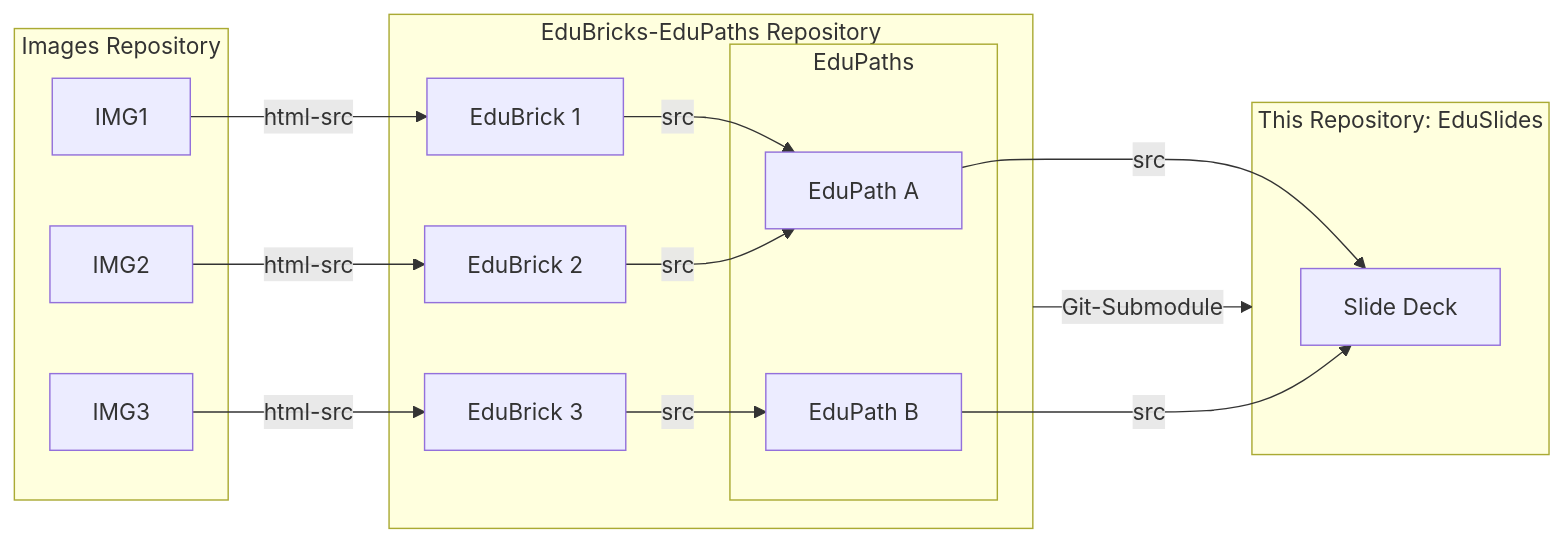
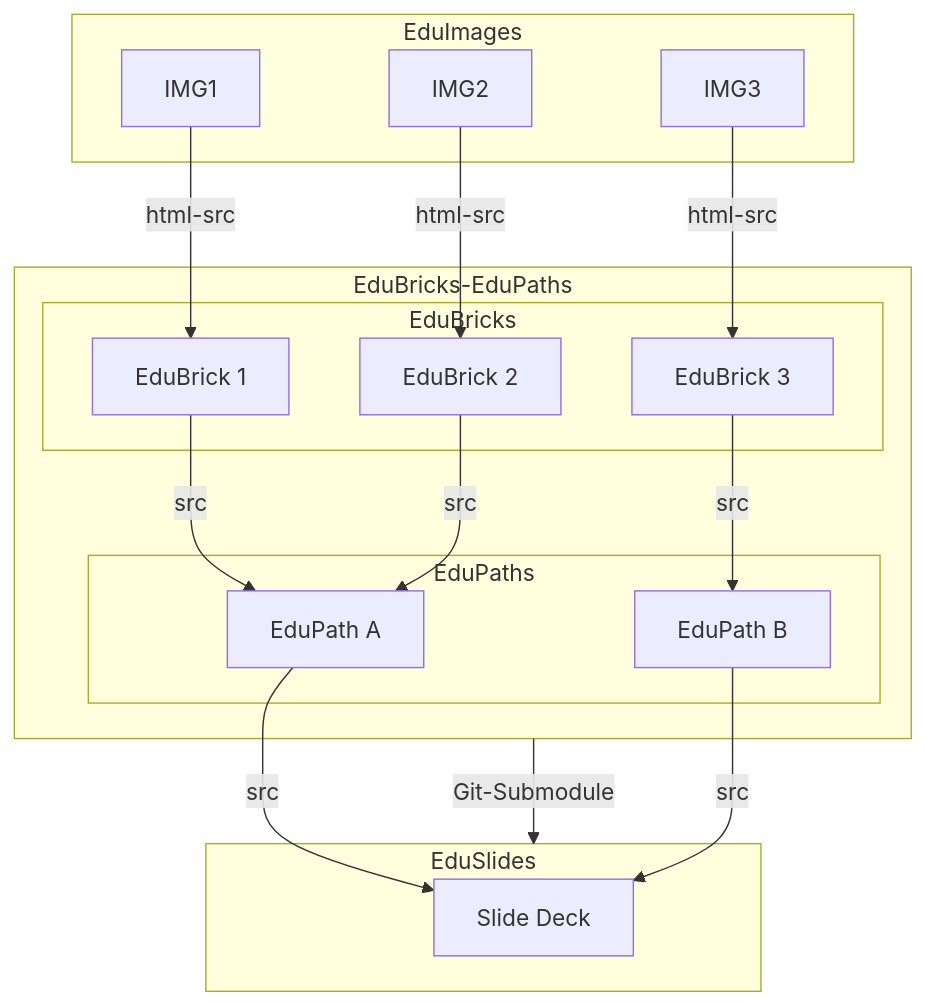
One commit to EduBricksHub/EduSlides changed the diagram in README.md. Above: the diagram before and after it, drawn with Mermaid. The commit also changed 3 other files, not shown here.

Commit message:
fix paths to submodule bricks

````diff
--- a/README.md
+++ b/README.md
@@ -19,38 +19,40 @@
 ```mermaid
-graph LR
+graph TD
 
-  subgraph IMG[Images Repository]
+  subgraph IMG[EduImages]
     IMG1
     IMG2
     IMG3
   end
 
-  subgraph EB[EduBricks-EduPaths Repository]
-    EB1[EduBrick 1]
-    EB2[EduBrick 2]
-    EB3[EduBrick 3]
+  subgraph EBEP[EduBricks-EduPaths]
+    subgraph EduBricks    
+      EB1[EduBrick 1]
+      EB2[EduBrick 2]
+      EB3[EduBrick 3]
+    end
     
     subgraph EduPaths
       EP1[EduPath A]
       EP2[EduPath B]
     end
 
   end
 
-
-  subgraph this[This Repository: EduSlides]
+  subgraph EduSlides
     SD[Slide Deck]
   end
 
   IMG1 --html-src--> EB1
   IMG2 --html-src--> EB2
   IMG3 --html-src--> EB3
-  EB --Git-Submodule--> this
+  
+  EBEP --Git-Submodule--> EduSlides
 
   EB1 --src--> EP1
   EB2 --src--> EP1
   EB3 --src--> EP2
   EP1 --src--> SD
   EP2 --src--> SD
 
 ```
````
